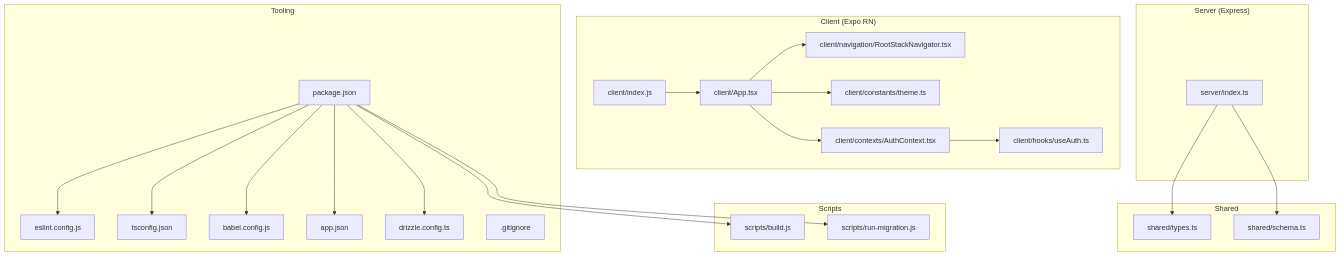
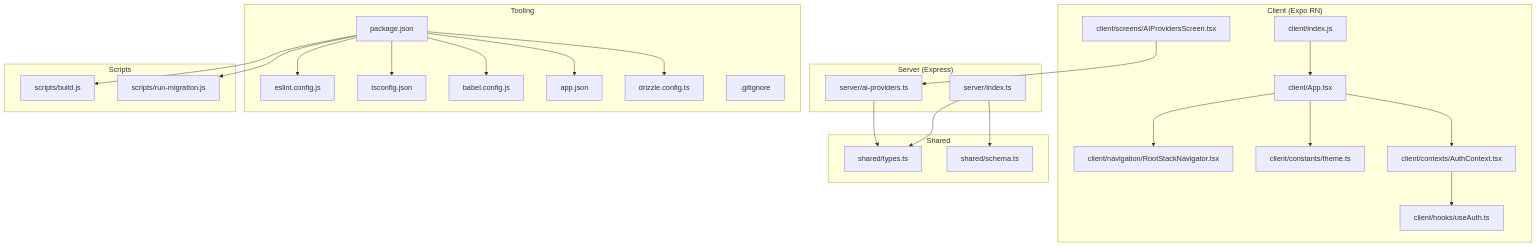
One commit to hunglevi87/Hidden-Gem changed the first of 9 diagrams in .qoder/repowiki/en/content/Frontend Application/Development Workflow.md. Above: the diagram before and after it, drawn with Mermaid. The commit also changed other lines of this file and 5 other files, not shown here.

````diff
--- a/.qoder/repowiki/en/content/Frontend Application/Development Workflow.md
+++ b/.qoder/repowiki/en/content/Frontend Application/Development Workflow.md
@@ -50,45 +64,49 @@
 ```mermaid
 graph TB
 subgraph "Client (Expo RN)"
 A_App["client/App.tsx"]
 A_Index["client/index.js"]
 A_Nav["client/navigation/RootStackNavigator.tsx"]
 A_Theme["client/constants/theme.ts"]
 A_AuthCtx["client/contexts/AuthContext.tsx"]
 A_UseAuth["client/hooks/useAuth.ts"]
+A_AIProviders["client/screens/AIProvidersScreen.tsx"]
 end
 subgraph "Server (Express)"
 S_Index["server/index.ts"]
+S_AI["server/ai-providers.ts"]
 end
 subgraph "Shared"
 SH_Types["shared/types.ts"]
 SH_Schema["shared/schema.ts"]
 end
 subgraph "Tooling"
 T_Pkg["package.json"]
 T_ESLint["eslint.config.js"]
 T_TS["tsconfig.json"]
 T_Babel["babel.config.js"]
 T_App["app.json"]
 T_Driz["drizzle.config.ts"]
 T_GitIgnore[".gitignore"]
 end
 subgraph "Scripts"
 SC_Build["scripts/build.js"]
 SC_Mig["scripts/run-migration.js"]
 end
 A_App --> A_Nav
 A_App --> A_Theme
 A_App --> A_AuthCtx
 A_AuthCtx --> A_UseAuth
 A_Index --> A_App
+A_AIProviders --> S_AI
 S_Index --> SH_Schema
 S_Index --> SH_Types
+S_AI --> SH_Types
 T_Pkg --> SC_Build
 T_Pkg --> SC_Mig
 T_Pkg --> T_ESLint
 T_Pkg --> T_TS
 T_Pkg --> T_Babel
 T_Pkg --> T_App
 T_Pkg --> T_Driz
 ```
````
